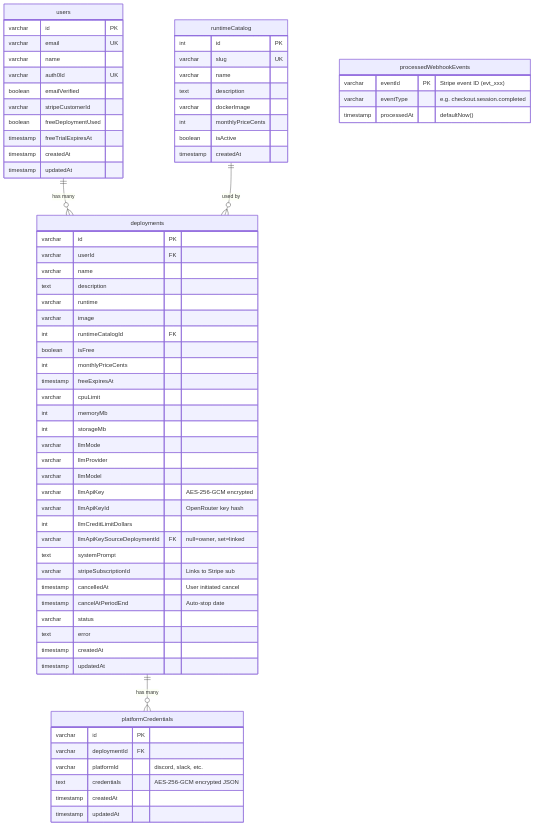
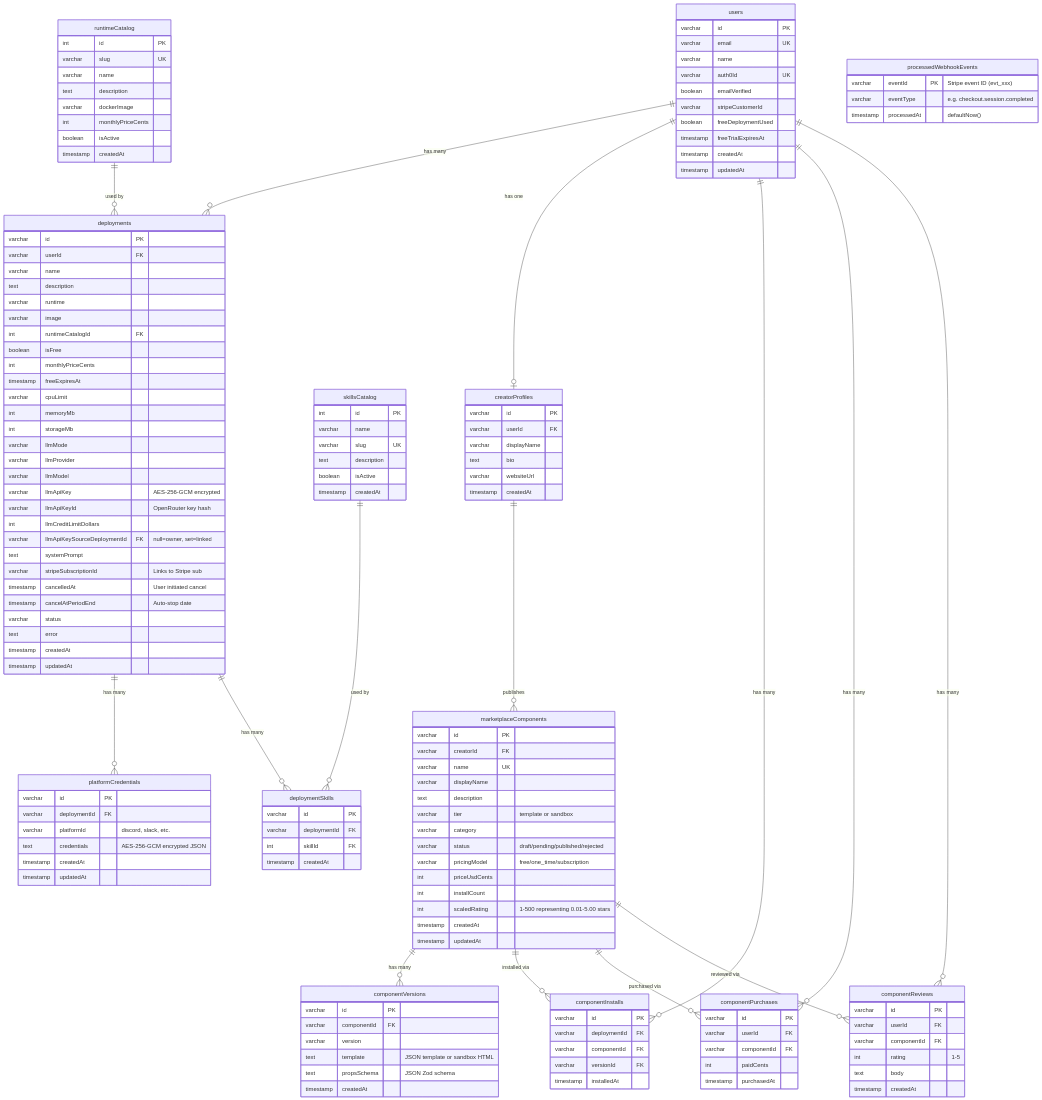
The fifth of 25 diagrams in OVERVIEW.md (Bretthb/jarble), drawn with Mermaid before and after one commit. The commit also changed other lines of this file and 7 other files, not shown here.

````diff
--- a/OVERVIEW.md
+++ b/OVERVIEW.md
@@ -316,7 +379,94 @@
         timestamp processedAt "defaultNow()"
     }
 
+    skillsCatalog {
+        int id PK
+        varchar name
+        varchar slug UK
+        text description
+        boolean isActive
+        timestamp createdAt
+    }
+
+    deploymentSkills {
+        varchar id PK
+        varchar deploymentId FK
+        int skillId FK
+        timestamp createdAt
+    }
+
+    creatorProfiles {
+        varchar id PK
+        varchar userId FK
+        varchar displayName
+        text bio
+        varchar websiteUrl
+        timestamp createdAt
+    }
+
+    marketplaceComponents {
+        varchar id PK
+        varchar creatorId FK
+        varchar name UK
+        varchar displayName
+        text description
+        varchar tier "template or sandbox"
+        varchar category
+        varchar status "draft/pending/published/rejected"
+        varchar pricingModel "free/one_time/subscription"
+        int priceUsdCents
+        int installCount
+        int scaledRating "1-500 representing 0.01-5.00 stars"
+        timestamp createdAt
+        timestamp updatedAt
+    }
+
+    componentVersions {
+        varchar id PK
+        varchar componentId FK
+        varchar version
+        text template "JSON template or sandbox HTML"
+        text propsSchema "JSON Zod schema"
+        timestamp createdAt
+    }
+
+    componentInstalls {
+        varchar id PK
+        varchar deploymentId FK
+        varchar componentId FK
+        varchar versionId FK
+        timestamp installedAt
+    }
+
+    componentPurchases {
+        varchar id PK
+        varchar userId FK
+        varchar componentId FK
+        int paidCents
+        timestamp purchasedAt
+    }
+
+    componentReviews {
+        varchar id PK
+        varchar userId FK
+        varchar componentId FK
+        int rating "1-5"
+        text body
+        timestamp createdAt
+    }
+
     users ||--o{ deployments : "has many"
+    users ||--o| creatorProfiles : "has one"
+    users ||--o{ componentInstalls : "has many"
+    users ||--o{ componentPurchases : "has many"
+    users ||--o{ componentReviews : "has many"
     runtimeCatalog ||--o{ deployments : "used by"
     deployments ||--o{ platformCredentials : "has many"
+    deployments ||--o{ deploymentSkills : "has many"
+    skillsCatalog ||--o{ deploymentSkills : "used by"
+    creatorProfiles ||--o{ marketplaceComponents : "publishes"
+    marketplaceComponents ||--o{ componentVersions : "has many"
+    marketplaceComponents ||--o{ componentInstalls : "installed via"
+    marketplaceComponents ||--o{ componentPurchases : "purchased via"
+    marketplaceComponents ||--o{ componentReviews : "reviewed via"
 ```
````
